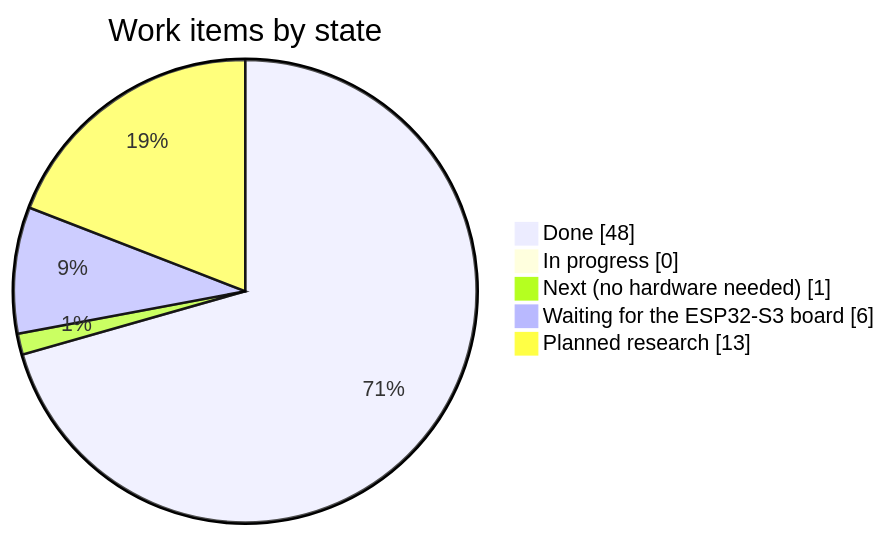
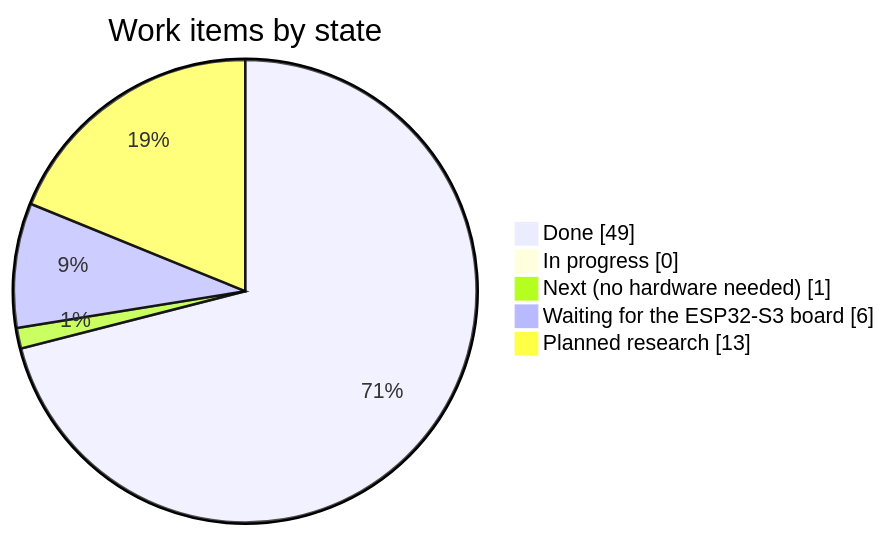
The first of 3 diagrams in plan.md (marcelpetrick/ESP32-Tiny-LLM), drawn with Mermaid before and after one commit. The commit also changed other lines of this file and 15 other files, not shown here.

````diff
--- a/plan.md
+++ b/plan.md
@@ -14,9 +14,9 @@
 ```mermaid
 pie showData
     title Work items by state
-    "Done" : 48
+    "Done" : 49
     "In progress" : 0
     "Next (no hardware needed)" : 1
     "Waiting for the ESP32-S3 board" : 6
     "Planned research" : 13
 ```
````
